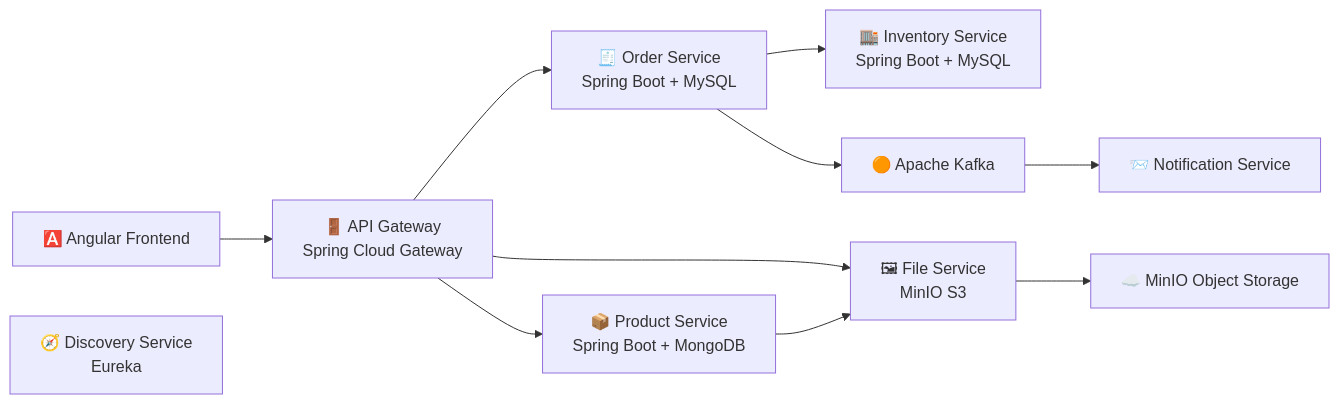
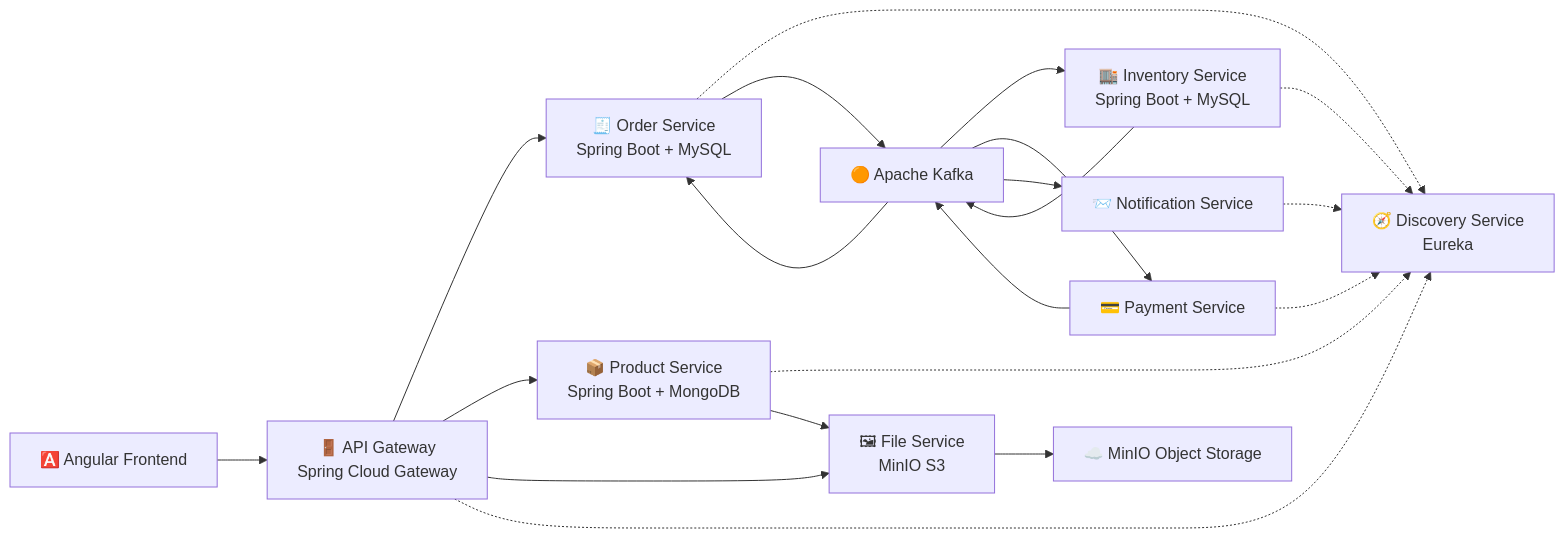
One commit to Andrij72/MicroserviceGrid-DDD changed the first of 3 diagrams in README.md. Above: the diagram before and after it, drawn with Mermaid. The commit also changed other lines of this file and 3 other files, not shown here.

````diff
--- a/README.md
+++ b/README.md
@@ -51,23 +51,47 @@
 ```mermaid
 flowchart LR
     Client["🅰️ Angular Frontend"]
     Gateway["🚪 API Gateway<br>Spring Cloud Gateway"]
     Discovery["🧭 Discovery Service<br>Eureka"]
+
     Order["🧾 Order Service<br>Spring Boot + MySQL"]
     Product["📦 Product Service<br>Spring Boot + MongoDB"]
     Inventory["🏬 Inventory Service<br>Spring Boot + MySQL"]
+    Payment["💳 Payment Service"]
     Notification["📨 Notification Service"]
+
     File["🖼 File Service<br>MinIO S3"]
-    Kafka["🟠 Apache Kafka"]
     Minio["☁️ MinIO Object Storage"]
 
+    Kafka["🟠 Apache Kafka"]
+
+    %% Client layer
     Client --> Gateway
+
+    %% Gateway routing (sync - OK)
     Gateway --> Order
     Gateway --> Product
     Gateway --> File
-    Order --> Inventory
+
+    %% Service Discovery (implicit usage)
+    Gateway -.-> Discovery
+    Order -.-> Discovery
+    Product -.-> Discovery
+    Inventory -.-> Discovery
+    Payment -.-> Discovery
+    Notification -.-> Discovery
+
+    %% Event-driven communication через Kafka
     Order --> Kafka
+    Inventory --> Kafka
+    Payment --> Kafka   
+
+    Kafka --> Order
+    Kafka --> Inventory
+    Kafka --> Payment
+    Kafka --> Notification
+
+    %% File service (це ок залишити синхронним)
     Product --> File
-    Kafka --> Notification
     File --> Minio
 ```
````
